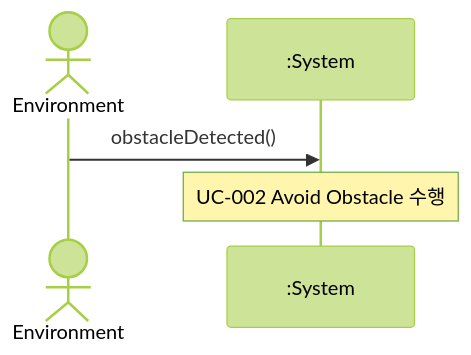
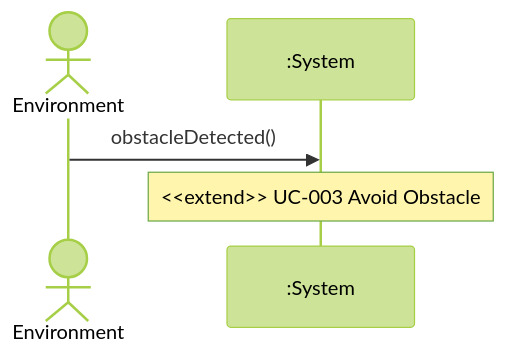
Before and after one commit to yul2yak/rvc_control_ooad: the third of 3 diagrams in docs/OOA/UseCases/UC-001.md, drawn with Mermaid (forest theme). The commit also changed other lines of this file and 9 other files, not shown here.

Commit message:
Use Case Diagram 추가, 스킬 추가

````diff
--- a/docs/OOA/UseCases/UC-001.md
+++ b/docs/OOA/UseCases/UC-001.md
@@ -88,7 +87,7 @@
 ```mermaid
 sequenceDiagram
 actor E as Environment
 participant S as :System
 E->>S: obstacleDetected()
-Note over S: UC-002 Avoid Obstacle 수행
+Note over S: <<extend>> UC-003 Avoid Obstacle
 ```
````
